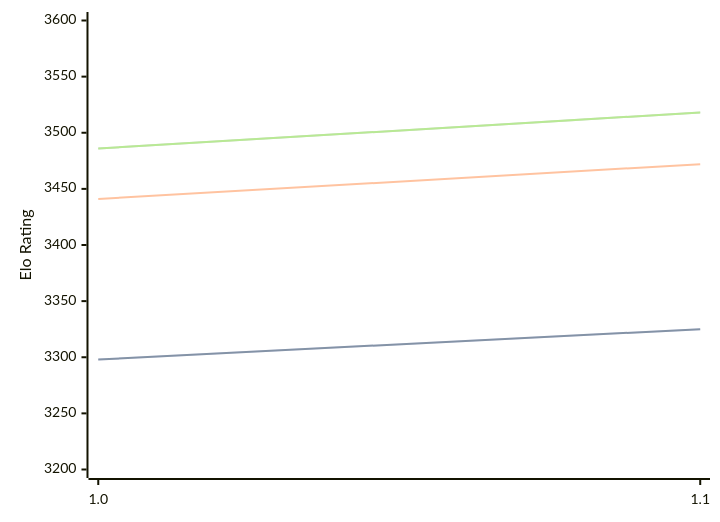
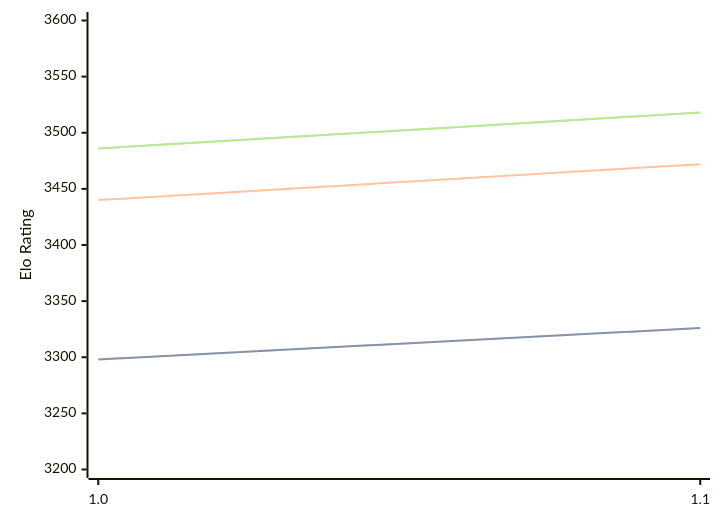
Before and after one commit to computer-chess-index/cci: the third of 3 diagrams in engines/Icarus.md, drawn with Mermaid. The commit also changed other lines of this file, not shown here.

````diff
--- a/engines/Icarus.md
+++ b/engines/Icarus.md
@@ -65,11 +65,11 @@
 ```mermaid
 %%{init: {"theme":"base","themeVariables":{"seriesColors:['#a3a3a3','#222221','#faa371']}}}%%
 xychart-beta
   x-axis ["1.0", "1.1"]
   y-axis "Elo Rating" 3200 --> 3600
-  line "STC (8.0+0.08s)" [3298, 3325]
-  line "STC (8.0+0.08s)" [3298, 3325]
-  line "LTC (60.0+0.60s)" [3441, 3472]
+  line "STC (8.0+0.08s)" [3298, 3326]
+  line "STC (8.0+0.08s)" [3298, 3326]
+  line "LTC (60.0+0.60s)" [3440, 3472]
   line "VLTC (2m24s+1.12s)" [3486, 3518]
   line "VLTC (2m24s+1.12s)" [3486, 3518]
 ```
````
